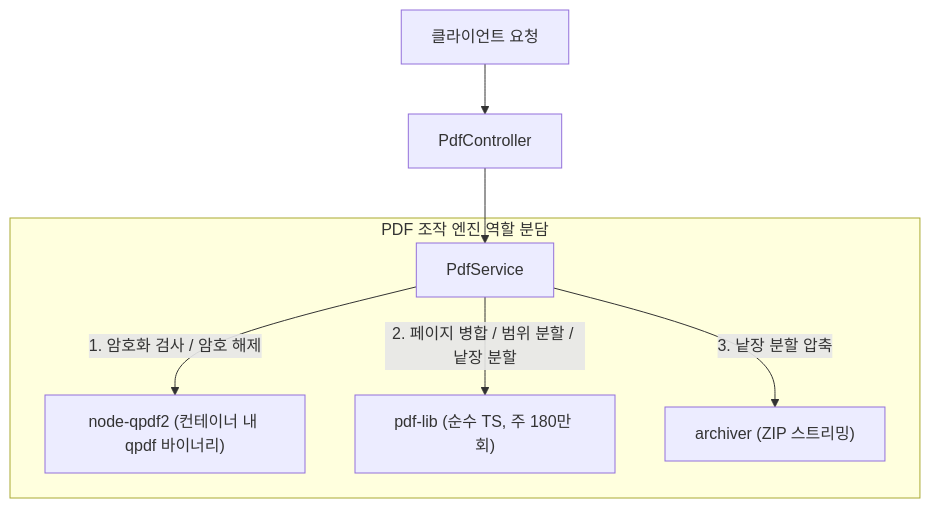
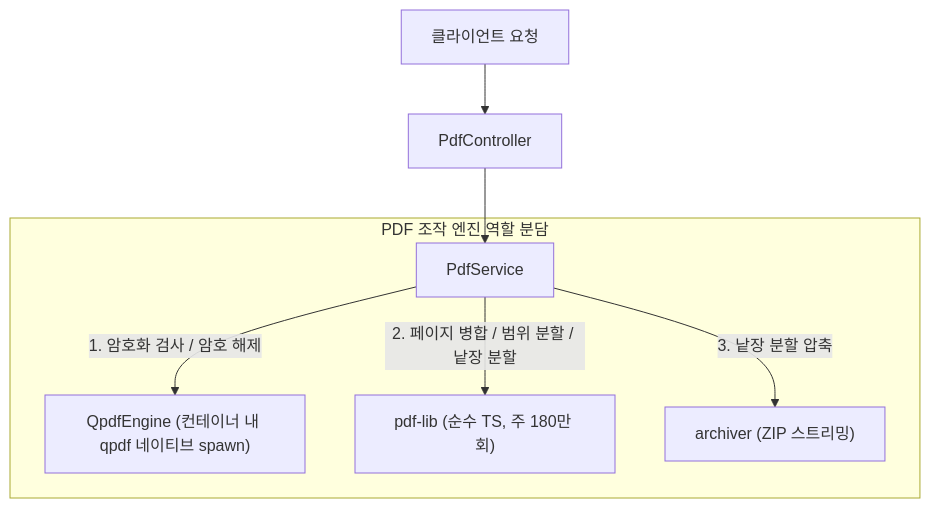
Before and after one commit to lkh-space/my-space-backend: the diagram in docs/specs/pdf-tools.md, drawn with Mermaid. The commit also changed other lines of this file and 4 other files, not shown here.

Commit message:
fix(pdf): replace node-qpdf2 with native qpdf spawn and stdin password

````diff
--- a/docs/specs/pdf-tools.md
+++ b/docs/specs/pdf-tools.md
@@ -173,11 +173,11 @@
 ```mermaid
 graph TD
     Client[클라이언트 요청] --> Controller[PdfController]
     Controller --> Service[PdfService]
     
     subgraph "PDF 조작 엔진 역할 분담"
-        Service -->|1. 암호화 검사 / 암호 해제| QPDF["node-qpdf2 (컨테이너 내 qpdf 바이너리)"]
+        Service -->|1. 암호화 검사 / 암호 해제| QPDF["QpdfEngine (컨테이너 내 qpdf 네이티브 spawn)"]
         Service -->|2. 페이지 병합 / 범위 분할 / 낱장 분할| PDFLIB["pdf-lib (순수 TS, 주 180만 회)"]
         Service -->|3. 낱장 분할 압축| ARCHIVER["archiver (ZIP 스트리밍)"]
     end
 ```
````
